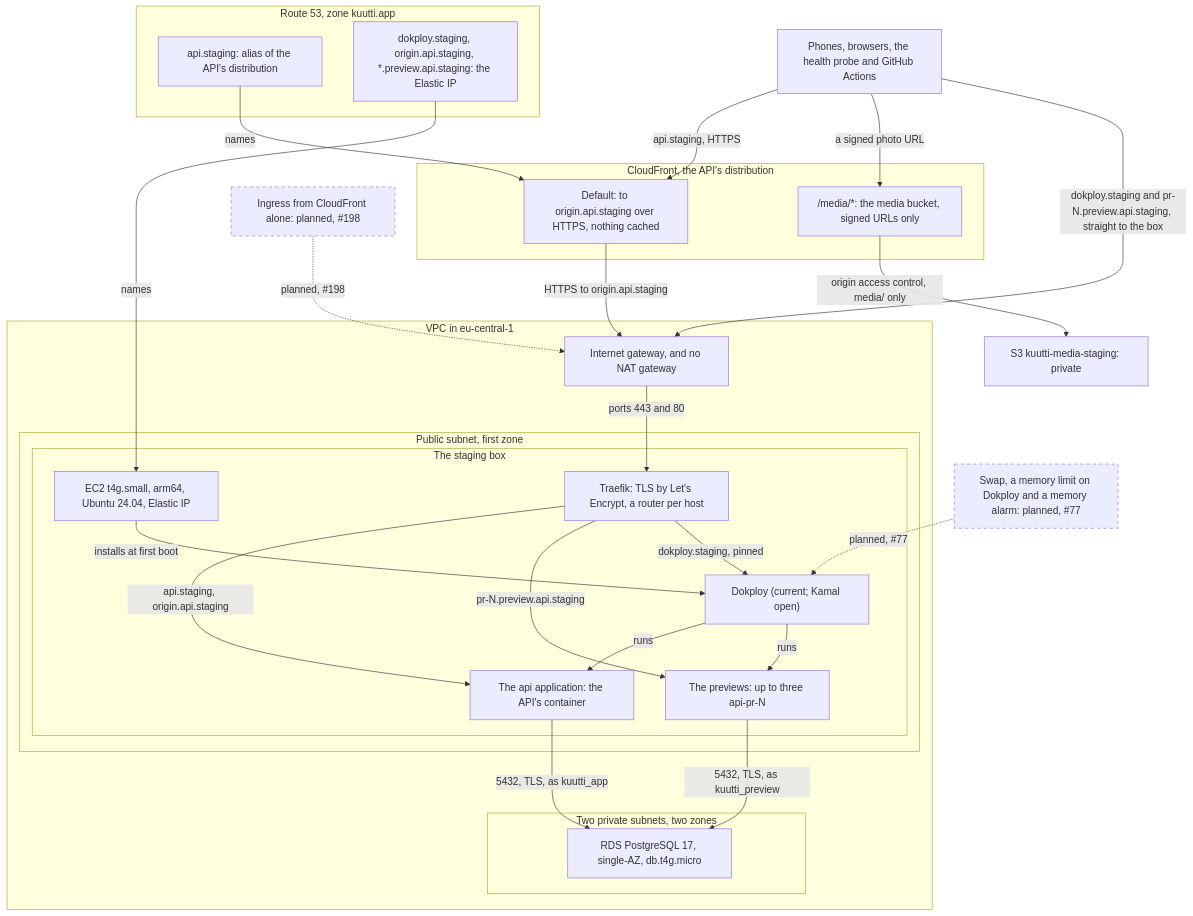
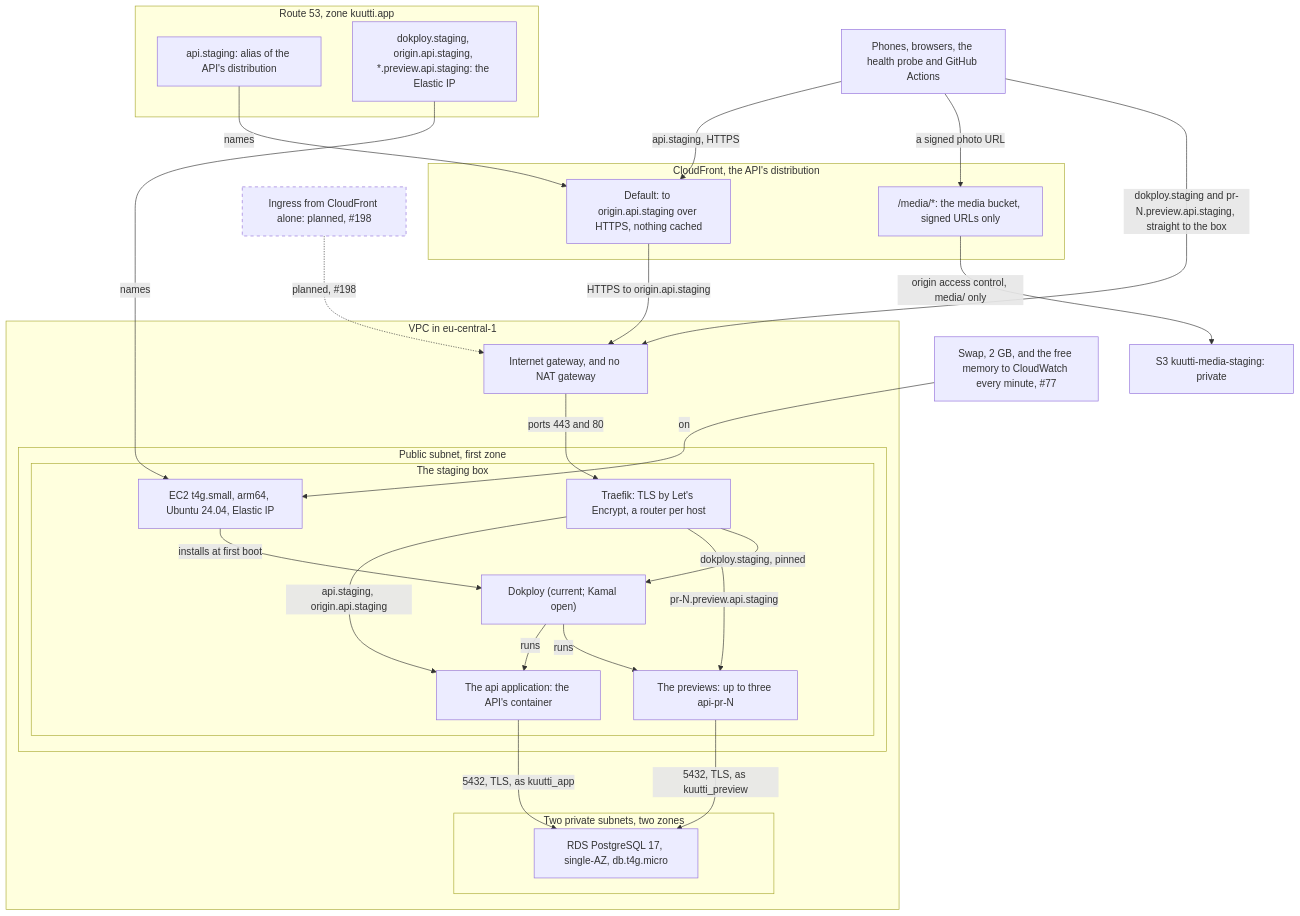
One commit to kuutti-ry/kuutti-app changed the second of 6 diagrams in docs/architecture/deployment.md. Above: the diagram before and after it, drawn with Mermaid. The commit also changed other lines of this file and 20 other files, not shown here.

First line of the commit message:
Drop the Dokploy memory limit from the box's headroom (#77) (#434)

````diff
--- a/docs/architecture/deployment.md
+++ b/docs/architecture/deployment.md
@@ -57,51 +57,51 @@
 ```mermaid
 flowchart TB
   accTitle: Deployment, part 2: staging, its network and its box
-  accDescr: api.staging.kuutti.app is CloudFront, which serves photos from the private media bucket and sends everything else over HTTPS to the box. Dokploy's control plane and the previews reach the box directly by its Elastic IP. On the box, in a public subnet, Traefik terminates TLS and routes by host to Dokploy, the API and the previews. RDS PostgreSQL sits in two private subnets with no NAT. Ingress from CloudFront alone and swap with a memory limit are planned.
+  accDescr: api.staging.kuutti.app is CloudFront, which serves photos from the private media bucket and sends everything else over HTTPS to the box. Dokploy's control plane and the previews reach the box directly by its Elastic IP. On the box, in a public subnet, Traefik terminates TLS and routes by host to Dokploy, the API and the previews. RDS PostgreSQL sits in two private subnets with no NAT. Ingress from CloudFront alone is planned. The box has 2 GB of swap and pushes its free memory to CloudWatch every minute.
   n11["Phones, browsers, the health probe and GitHub Actions"]
   subgraph dns["Route 53, zone kuutti.app"]
     n12["api.staging: alias of the API's distribution"]
     n13["dokploy.staging, origin.api.staging, *.preview.api.staging: the Elastic IP"]
   end
   subgraph cdn["CloudFront, the API's distribution"]
     n14["Default: to origin.api.staging over HTTPS, nothing cached"]
     n15["/media/*: the media bucket, signed URLs only"]
   end
   n16["S3 kuutti-media-staging: private"]
   subgraph vpcnet["VPC in eu-central-1"]
     n17["Internet gateway, and no NAT gateway"]
     subgraph pubnet["Public subnet, first zone"]
       subgraph ec2box["The staging box"]
         n18["EC2 t4g.small, arm64, Ubuntu 24.04, Elastic IP"]
         n19["Traefik: TLS by Let's Encrypt, a router per host"]
         n20["Dokploy (current; Kamal open)"]
         n21["The api application: the API's container"]
         n22["The previews: up to three api-pr-N"]
       end
     end
     subgraph privnet["Two private subnets, two zones"]
       n23["RDS PostgreSQL 17, single-AZ, db.t4g.micro"]
     end
   end
   n24["Ingress from CloudFront alone: planned, #198"]:::notbuilt
-  n25["Swap, a memory limit on Dokploy and a memory alarm: planned, #77"]:::notbuilt
+  n25["Swap, 2 GB, and the free memory to CloudWatch every minute, #77"]
   n12 -->|"names"| n14
   n13 -->|"names"| n18
   n11 -->|"api.staging, HTTPS"| n14
   n11 -->|"a signed photo URL"| n15
   n15 -->|"origin access control, media/ only"| n16
   n14 -->|"HTTPS to origin.api.staging"| n17
   n11 -->|"dokploy.staging and pr-N.preview.api.staging, straight to the box"| n17
   n17 -->|"ports 443 and 80"| n19
   n18 -->|"installs at first boot"| n20
   n19 -->|"api.staging, origin.api.staging"| n21
   n19 -->|"pr-N.preview.api.staging"| n22
   n19 -->|"dokploy.staging, pinned"| n20
   n20 -->|"runs"| n21
   n20 -->|"runs"| n22
   n21 -->|"5432, TLS, as kuutti_app"| n23
   n22 -->|"5432, TLS, as kuutti_preview"| n23
   n24 -.->|"planned, #198"| n17
-  n25 -.->|"planned, #77"| n20
+  n25 -->|"on"| n18
   classDef notbuilt stroke-dasharray: 5 5
 ```
````
